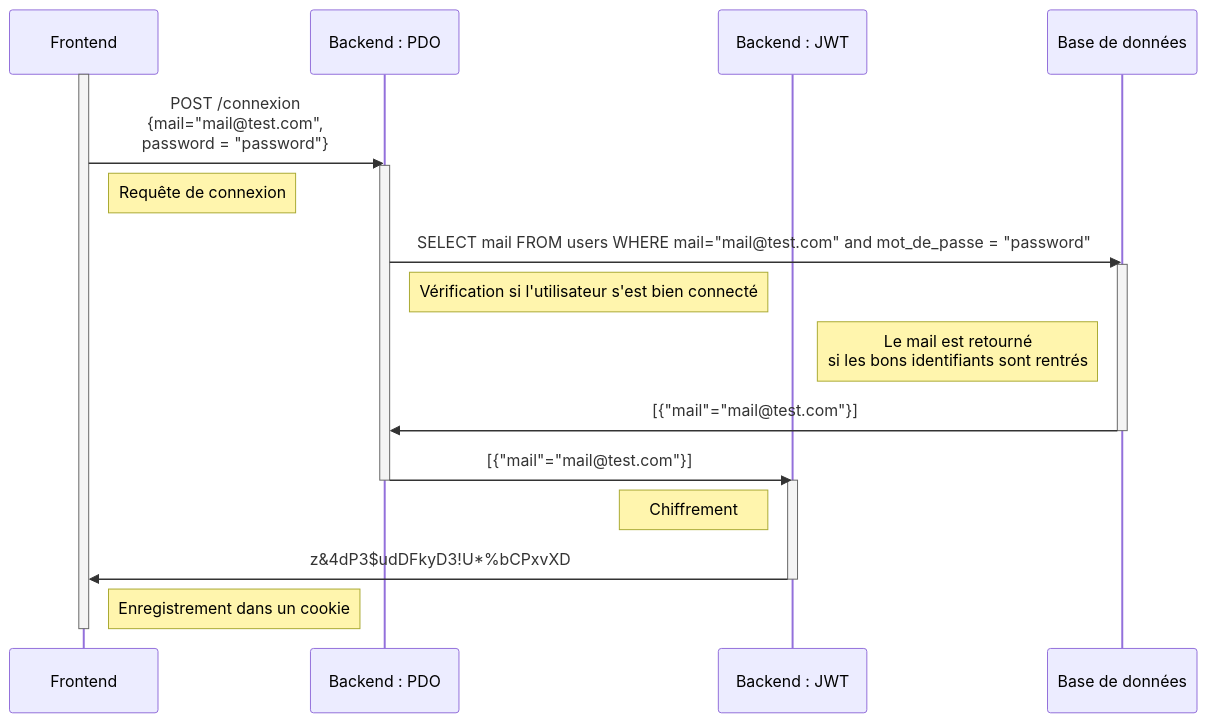
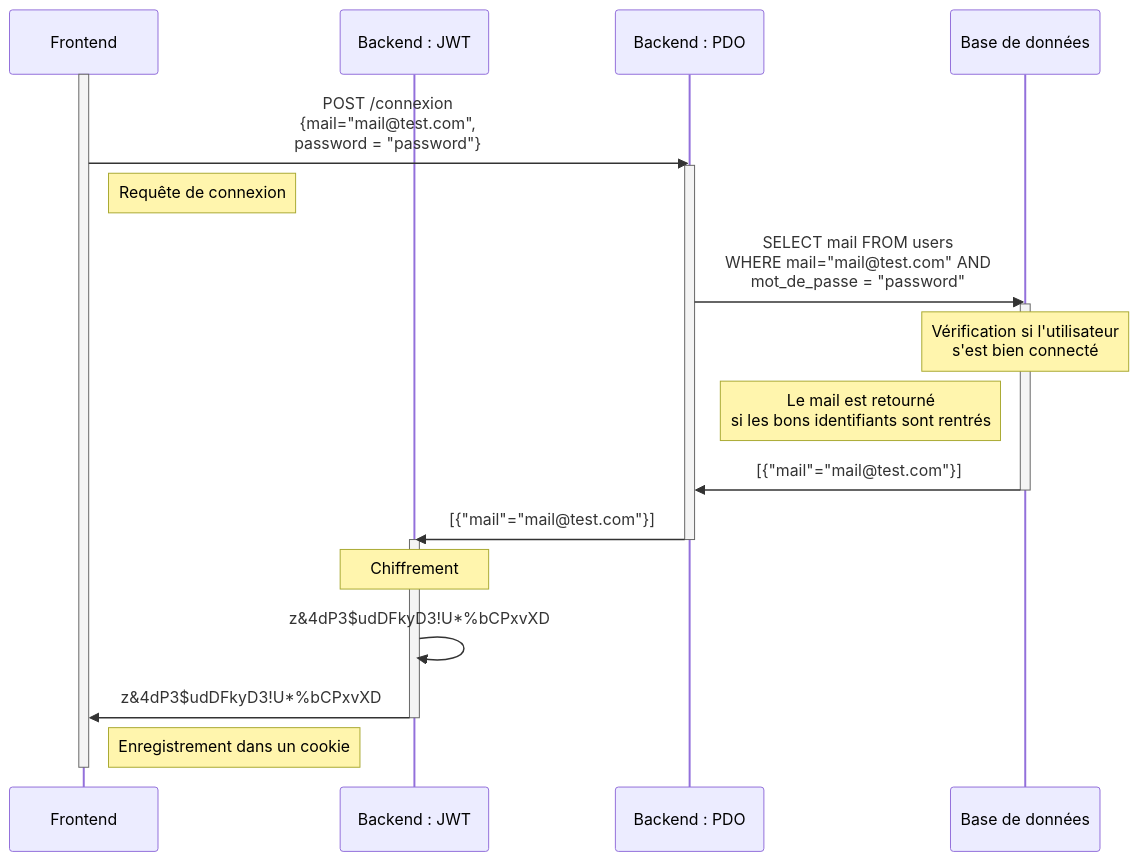
Before and after one commit to Alexis-LF/projet-site-securise: the fifth of 6 diagrams in BACK_END/README.md, drawn with Mermaid. The commit also changed other lines of this file, not shown here.

````diff
--- a/BACK_END/README.md
+++ b/BACK_END/README.md
@@ -84,29 +84,31 @@
 ```mermaid
 
 sequenceDiagram
     participant f as Frontend;
+    participant j as Backend : JWT;
     participant p as Backend : PDO;
-    participant j as Backend : JWT;
     participant b as Base de données;
 
     activate f;
     f->>p: POST /connexion <br>{mail="mail@test.com", <br>password = "password"};
     activate p;
     Note right of f: Requête de connexion
-    p->>b: SELECT mail FROM users WHERE mail="mail@test.com" and mot_de_passe = "password";
+    p->>b: SELECT mail FROM users <br>WHERE mail="mail@test.com" AND<br> mot_de_passe = "password";
     activate b;
-    Note right of p: Vérification si l'utilisateur s'est bien connecté
+    Note over b: Vérification si l'utilisateur<br> s'est bien connecté
     Note left of b: Le mail est retourné<br> si les bons identifiants sont rentrés
     b->>p: [{"mail"="mail@test.com"}];
     deactivate b;
     p->>j: [{"mail"="mail@test.com"}];
     activate j;
     deactivate p;
-    Note left of j: Chiffrement
+    Note over j: Chiffrement
+    j->>j: z&4dP3$udDFkyD3!U*%bCPxvXD;
+
     j->>f: z&4dP3$udDFkyD3!U*%bCPxvXD;
     deactivate j;
     Note right of f: Enregistrement dans un cookie
     deactivate f;
 
 
 ```
````
